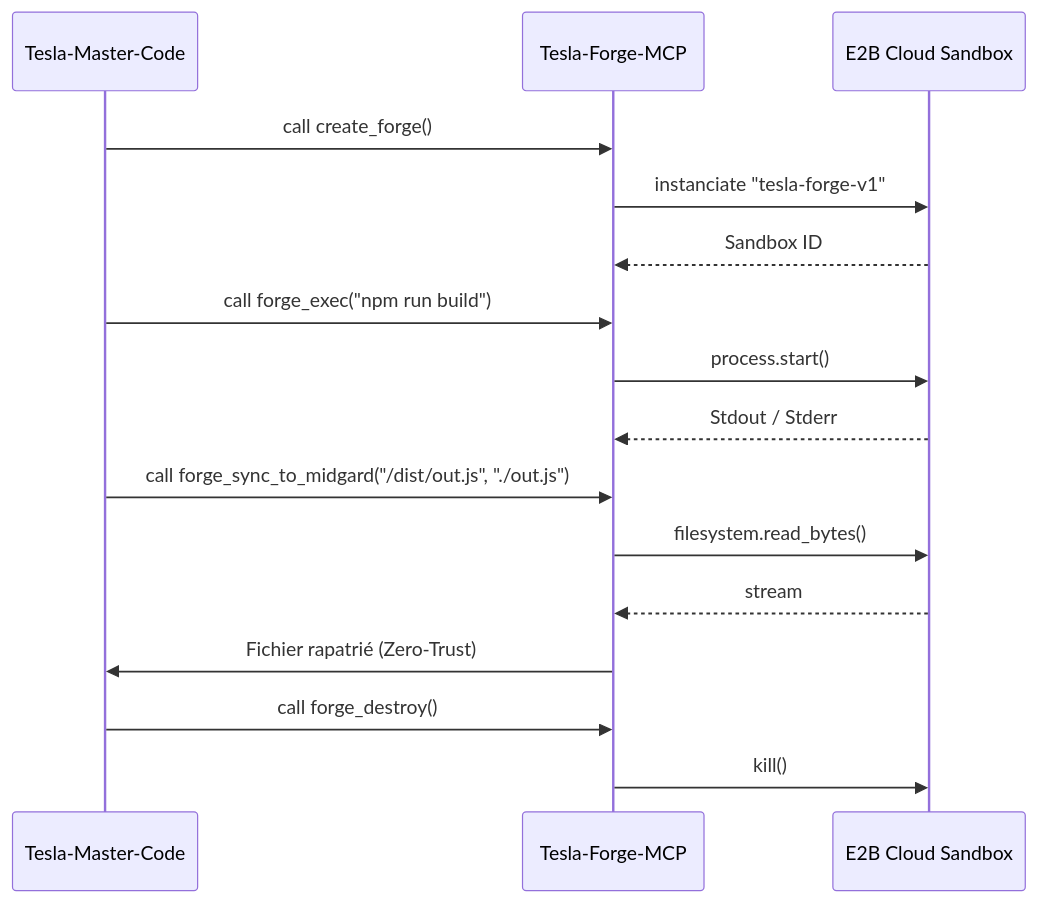
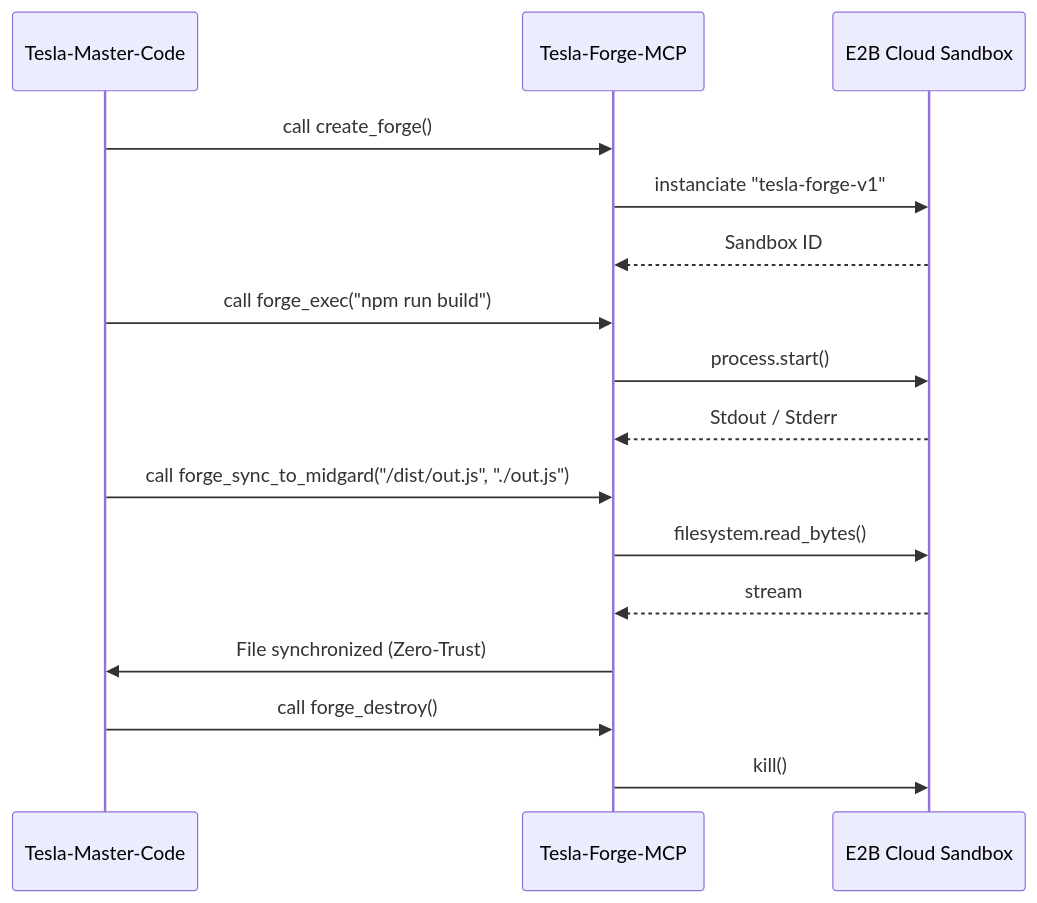
Before and after one commit to lordmahonheim-bot/Tesla-Antigravity-CLI: the diagram in 47-Tesla-Forge-Cloud/README.md, drawn with Mermaid. The commit also changed other lines of this file and 1 other file, not shown here.

````diff
--- a/47-Tesla-Forge-Cloud/README.md
+++ b/47-Tesla-Forge-Cloud/README.md
@@ -51,19 +51,19 @@
 ```mermaid
 sequenceDiagram
     participant Agent as Tesla-Master-Code
     participant MCP as Tesla-Forge-MCP
     participant E2B as E2B Cloud Sandbox
     
     Agent->>MCP: call create_forge()
     MCP->>E2B: instanciate "tesla-forge-v1"
     E2B-->>MCP: Sandbox ID
     Agent->>MCP: call forge_exec("npm run build")
     MCP->>E2B: process.start()
     E2B-->>MCP: Stdout / Stderr
     Agent->>MCP: call forge_sync_to_midgard("/dist/out.js", "./out.js")
     MCP->>E2B: filesystem.read_bytes()
     E2B-->>MCP: stream
-    MCP->>Agent: Fichier rapatrié (Zero-Trust)
+    MCP->>Agent: File synchronized (Zero-Trust)
     Agent->>MCP: call forge_destroy()
     MCP->>E2B: kill()
 ```
````
